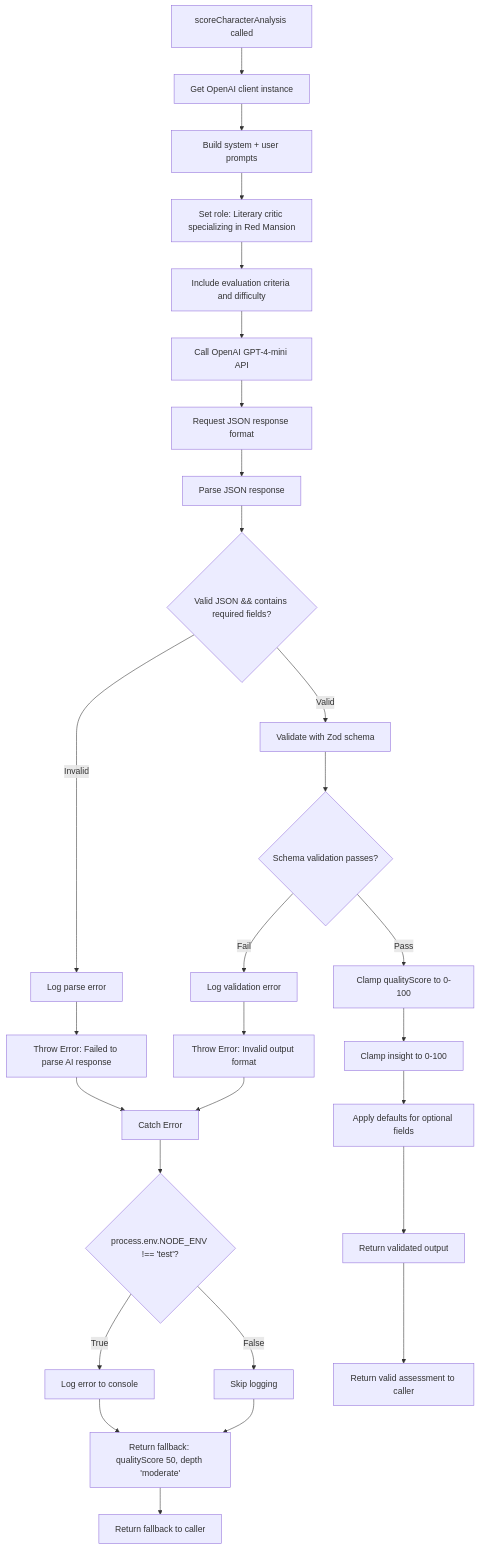
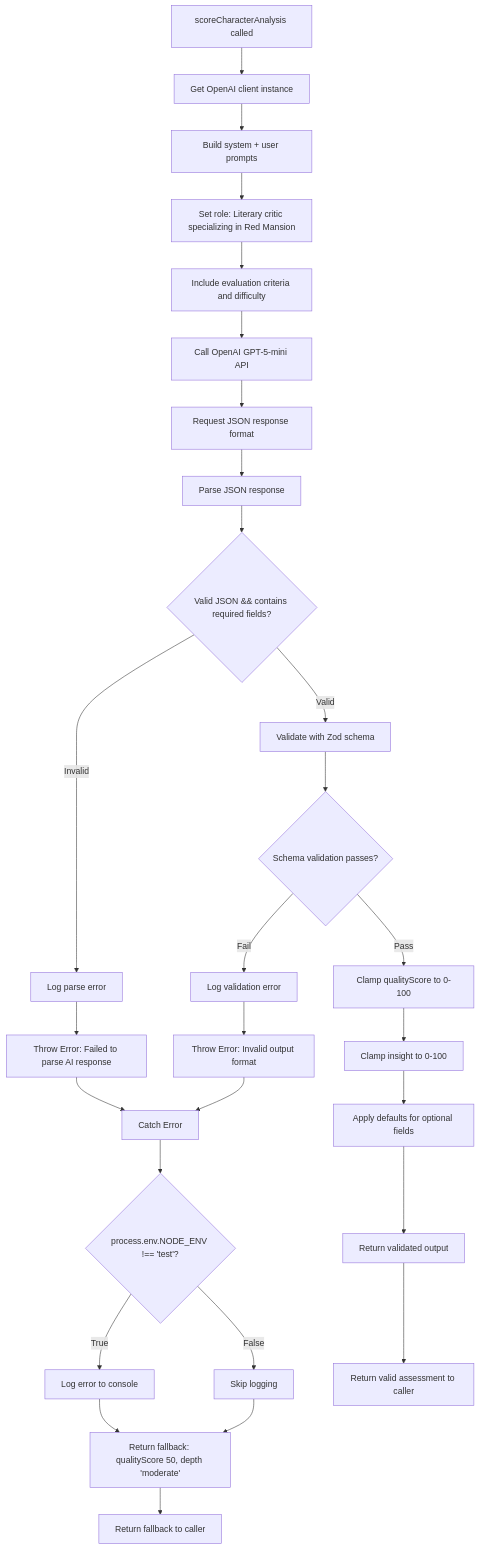
One commit to CongJie-Pan/TheChamber_Of_RedMansion_FireBaseStudio changed the first of 2 diagrams in docs/structure_module_infoMD/AI Flow Modules/evaluation-and-grading_modules_info.md. Above: the diagram before and after it, drawn with Mermaid. The commit also changed other lines of this file and 55 other files, not shown here.

````diff
--- a/docs/structure_module_infoMD/AI Flow Modules/evaluation-and-grading_modules_info.md
+++ b/docs/structure_module_infoMD/AI Flow Modules/evaluation-and-grading_modules_info.md
@@ -67,34 +67,34 @@
 ```mermaid
 flowchart TD
     A[scoreCharacterAnalysis called] --> B[Get OpenAI client instance]
     B --> C[Build system + user prompts]
     C --> D[Set role: Literary critic specializing in Red Mansion]
     D --> E[Include evaluation criteria and difficulty]
-    E --> F[Call OpenAI GPT-4-mini API]
+    E --> F[Call OpenAI GPT-5-mini API]
     F --> G[Request JSON response format]
 
     G --> H[Parse JSON response]
     H --> I{Valid JSON && contains required fields?}
     I -- Invalid --> J[Log parse error]
     J --> K[Throw Error: Failed to parse AI response]
 
     I -- Valid --> L[Validate with Zod schema]
     L --> M{Schema validation passes?}
     M -- Fail --> N[Log validation error]
     N --> O[Throw Error: Invalid output format]
 
     M -- Pass --> P[Clamp qualityScore to 0-100]
     P --> Q[Clamp insight to 0-100]
     Q --> R[Apply defaults for optional fields]
     R --> S[Return validated output]
 
     K --> T[Catch Error]
     O --> T
     T --> U{process.env.NODE_ENV !== 'test'?}
     U -- True --> V[Log error to console]
     U -- False --> W[Skip logging]
     V --> X[Return fallback: qualityScore 50, depth 'moderate']
     W --> X
     X --> Y[Return fallback to caller]
     S --> Z[Return valid assessment to caller]
 ```
````
